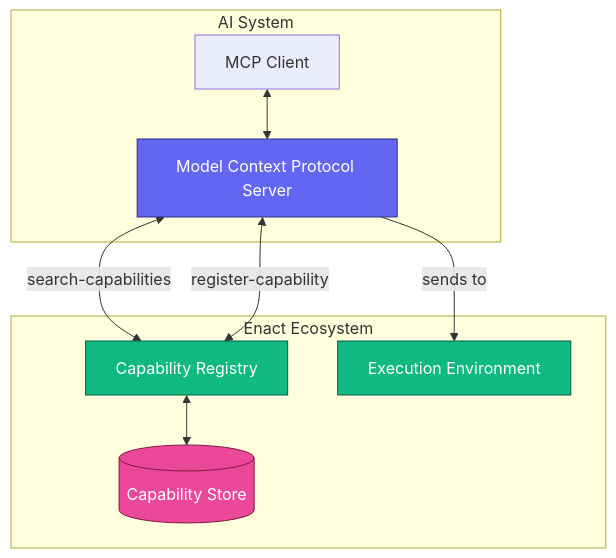
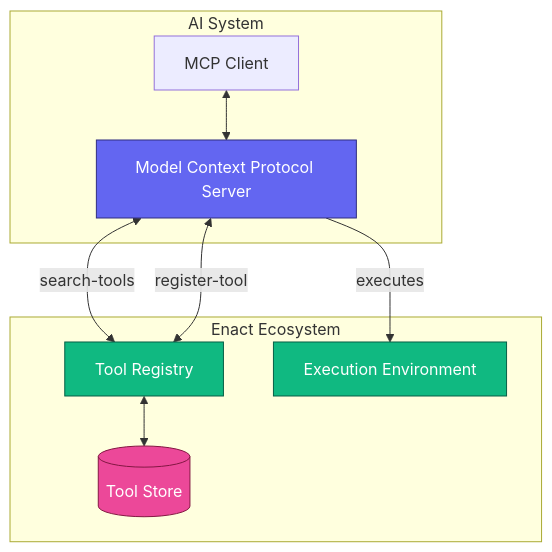
One commit to EnactProtocol/encat-spec-and-tools changed the first of 2 diagrams in README.md. Above: the diagram before and after it, drawn with Mermaid. The commit also changed other lines of this file, not shown here.

Commit message:
update capabilities to tools

````diff
--- a/README.md
+++ b/README.md
@@ -29,31 +29,31 @@
 ```mermaid
 flowchart TB
     subgraph "AI System"
         MCPClient[MCP Client]
         MCPServer[Model Context Protocol Server]
     end
     
     subgraph "Enact Ecosystem"
-        Registry[Capability Registry]
+        Registry[Tool Registry]
         ExecEnv[Execution Environment]
-        CapabilityStore[(Capability Store)]
+        ToolStore[(Tool Store)]
     end
     
     MCPClient <--> MCPServer
-    MCPServer <-->|search-capabilities| Registry
-    MCPServer <-->|register-capability| Registry
+    MCPServer <-->|search-tools| Registry
+    MCPServer <-->|register-tool| Registry
     
-    Registry <--> CapabilityStore
+    Registry <--> ToolStore
     
-    MCPServer -->|sends to| ExecEnv
+    MCPServer -->|executes| ExecEnv
     
     classDef ai fill:#6366F1,stroke:#312E81,stroke-width:1px,color:white
     classDef enact fill:#10B981,stroke:#065F46,stroke-width:1px,color:white
     classDef external fill:#F59E0B,stroke:#92400E,stroke-width:1px,color:white
     classDef data fill:#EC4899,stroke:#831843,stroke-width:1px,color:white
     
     class LLM,ToolRouter,MCPServer ai
-    class Registry,Capabilities,ExecEnv enact
+    class Registry,Tools,ExecEnv enact
     class APIs,Services,Data external
-    class CapabilityStore data
+    class ToolStore data
 ```
````
